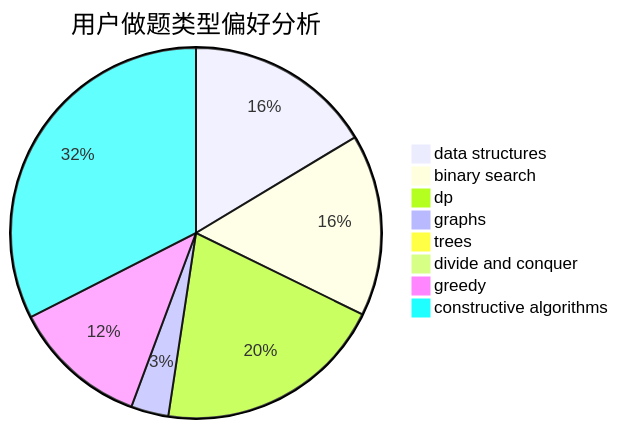
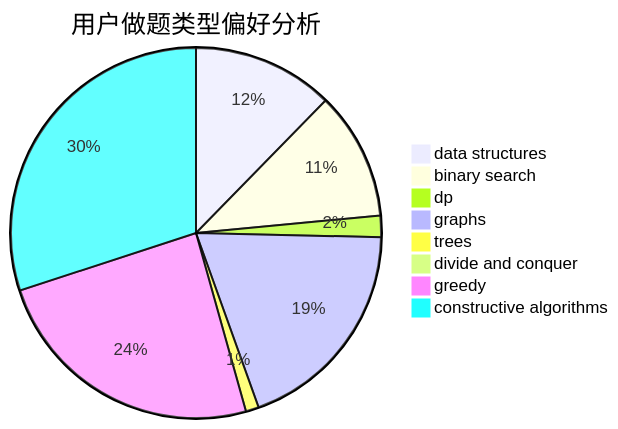
Before and after one commit to sherpahu/cfrs.github.io: the second of 3 diagrams in docs/user/u708.md, drawn with Mermaid. The commit also changed other lines of this file and 2770 other files, not shown here.

````diff
--- a/docs/user/u708.md
+++ b/docs/user/u708.md
@@ -23,11 +23,11 @@
 ```mermaid
 pie title 用户做题类型偏好分析
-    "data structures" :  65
-    "binary search" :  63
-    "dp" :  80
-    "graphs" :  13
-    "trees" :  4
-    "divide and conquer" :  1
-    "greedy" :  47
-    "constructive algorithms" :  129
+    "data structures" :  119
+    "binary search" :  108
+    "dp" :  18
+    "graphs" :  185
+    "trees" :  11
+    "divide and conquer" :  0
+    "greedy" :  235
+    "constructive algorithms" :  290
 ```
````
